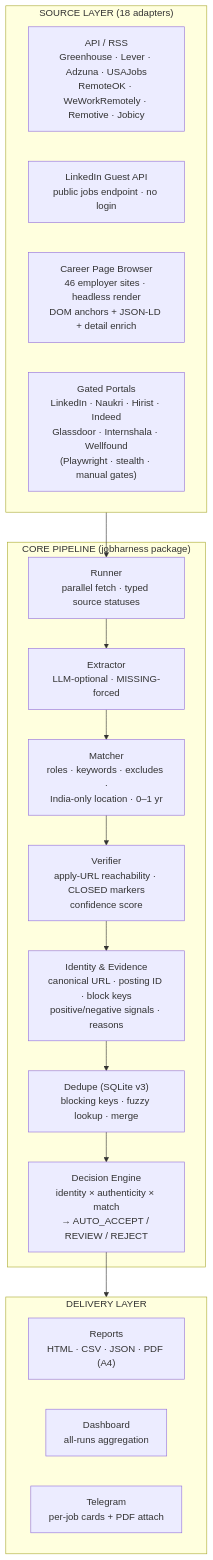
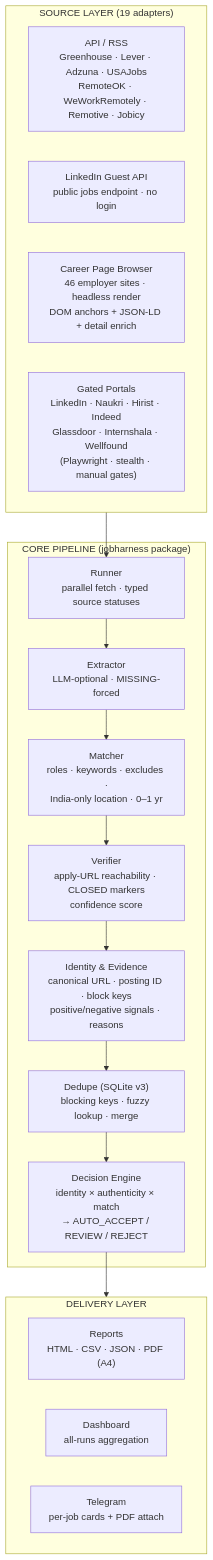
One commit to Inayat-0007/jobharness changed the first of 2 diagrams in README.md. Above: the diagram before and after it, drawn with Mermaid. The commit also changed other lines of this file and 76 other files, not shown here.

````diff
--- a/README.md
+++ b/README.md
@@ -64,27 +65,27 @@
 ```mermaid
 flowchart TB
-    subgraph SOURCES["SOURCE LAYER (18 adapters)"]
+    subgraph SOURCES["SOURCE LAYER (19 adapters)"]
         A1["API / RSS<br/>Greenhouse · Lever · Adzuna · USAJobs<br/>RemoteOK · WeWorkRemotely · Remotive · Jobicy"]
         A2["LinkedIn Guest API<br/>public jobs endpoint · no login"]
         A3["Career Page Browser<br/>46 employer sites · headless render<br/>DOM anchors + JSON-LD + detail enrich"]
         A4["Gated Portals<br/>LinkedIn · Naukri · Hirist · Indeed<br/>Glassdoor · Internshala · Wellfound<br/>(Playwright · stealth · manual gates)"]
     end
 
     subgraph CORE["CORE PIPELINE (jobharness package)"]
         B["Runner<br/>parallel fetch · typed source statuses"]
         C["Extractor<br/>LLM-optional · MISSING-forced"]
         D["Matcher<br/>roles · keywords · excludes ·<br/>India-only location · 0–1 yr"]
         E["Verifier<br/>apply-URL reachability · CLOSED markers<br/>confidence score"]
         F["Identity & Evidence<br/>canonical URL · posting ID · block keys<br/>positive/negative signals · reasons"]
         G["Dedupe (SQLite v3)<br/>blocking keys · fuzzy lookup · merge"]
         H["Decision Engine<br/>identity × authenticity × match<br/>→ AUTO_ACCEPT / REVIEW / REJECT"]
     end
 
     subgraph OUT["DELIVERY LAYER"]
         I["Reports<br/>HTML · CSV · JSON · PDF (A4)"]
         J["Dashboard<br/>all-runs aggregation"]
         K["Telegram<br/>per-job cards + PDF attach"]
     end
 
     SOURCES --> B --> C --> D --> E --> F --> G --> H --> OUT
 ```
````
